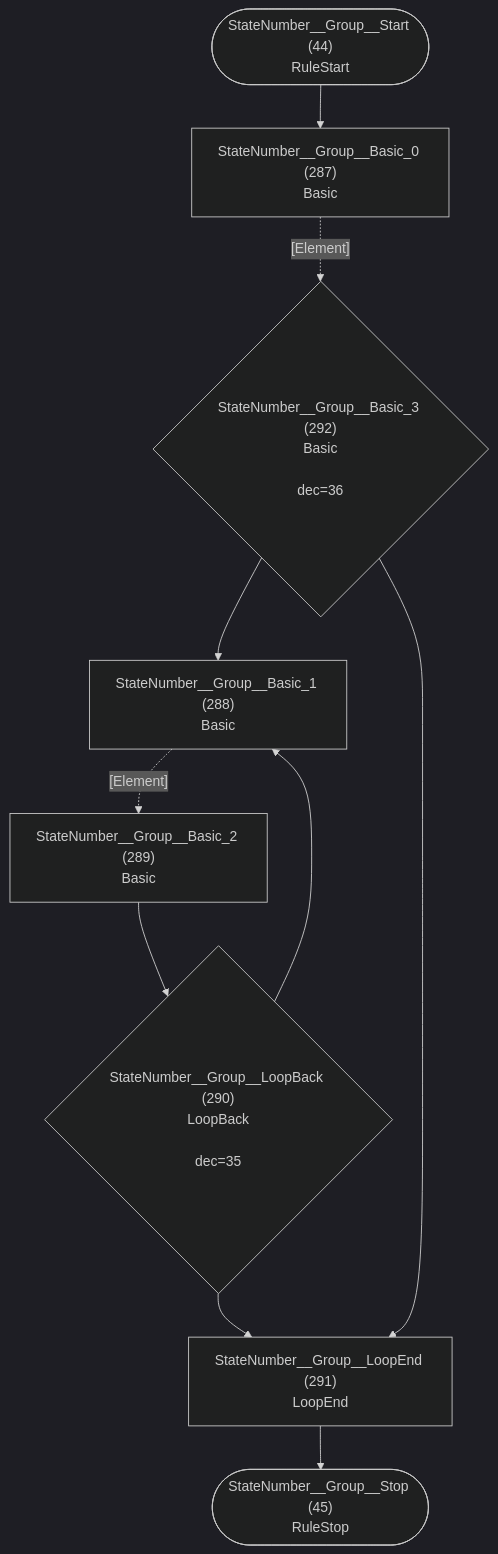
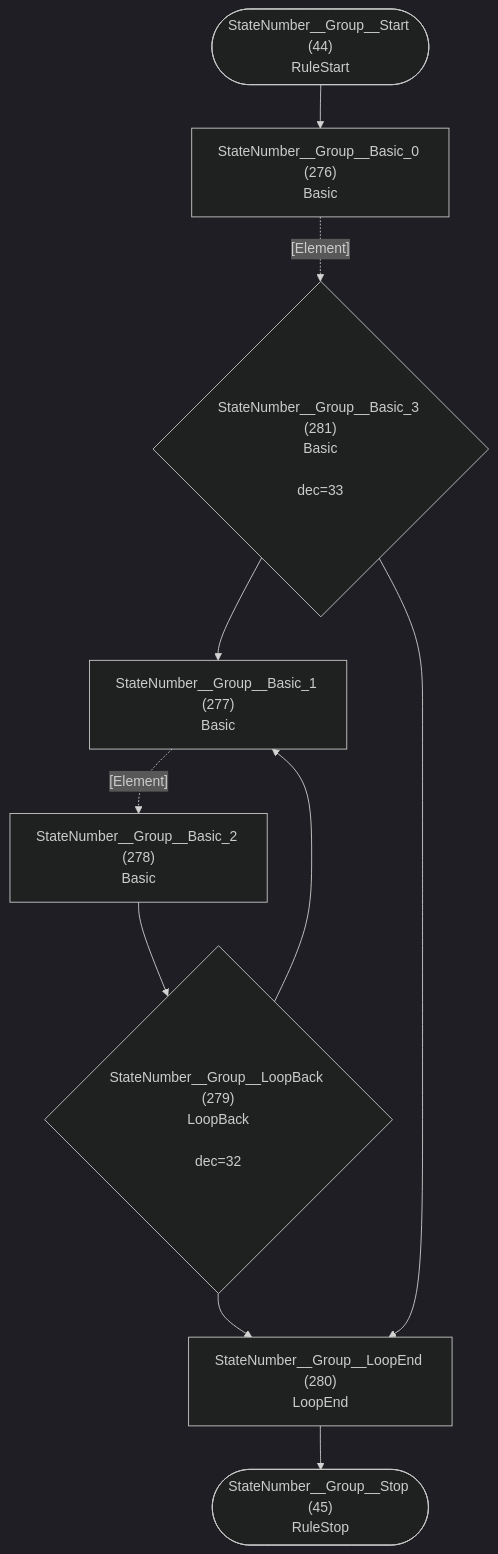
Diagram 23 of 36 in internal/grammar/atn.md (TypeFox/fastbelt), drawn with Mermaid (dark theme) before and after one commit. The commit also changed other lines of this file and 9 other files, not shown here.

````diff
--- a/internal/grammar/atn.md
+++ b/internal/grammar/atn.md
@@ -701,21 +676,21 @@
 ```mermaid
 flowchart TD
     q44(["StateNumber__Group__Start (44)<br/>RuleStart"])
     q45(["StateNumber__Group__Stop (45)<br/>RuleStop"])
-    q287["StateNumber__Group__Basic_0 (287)<br/>Basic<br/>"]
-    q288["StateNumber__Group__Basic_1 (288)<br/>Basic<br/>"]
-    q289["StateNumber__Group__Basic_2 (289)<br/>Basic<br/>"]
-    q290{"StateNumber__Group__LoopBack (290)<br/>LoopBack<br/><br/>dec=35"}
-    q291["StateNumber__Group__LoopEnd (291)<br/>LoopEnd<br/>"]
-    q292{"StateNumber__Group__Basic_3 (292)<br/>Basic<br/><br/>dec=36"}
+    q276["StateNumber__Group__Basic_0 (276)<br/>Basic<br/>"]
+    q277["StateNumber__Group__Basic_1 (277)<br/>Basic<br/>"]
+    q278["StateNumber__Group__Basic_2 (278)<br/>Basic<br/>"]
+    q279{"StateNumber__Group__LoopBack (279)<br/>LoopBack<br/><br/>dec=32"}
+    q280["StateNumber__Group__LoopEnd (280)<br/>LoopEnd<br/>"]
+    q281{"StateNumber__Group__Basic_3 (281)<br/>Basic<br/><br/>dec=33"}
 
-    q44 --> q287
-    q287 -.->|"[Element]"| q292
-    q288 -.->|"[Element]"| q289
-    q289 --> q290
-    q290 --> q288
-    q290 --> q291
-    q291 --> q45
-    q292 --> q288
-    q292 --> q291
+    q44 --> q276
+    q276 -.->|"[Element]"| q281
+    q277 -.->|"[Element]"| q278
+    q278 --> q279
+    q279 --> q277
+    q279 --> q280
+    q280 --> q45
+    q281 --> q277
+    q281 --> q280
 ```
````
